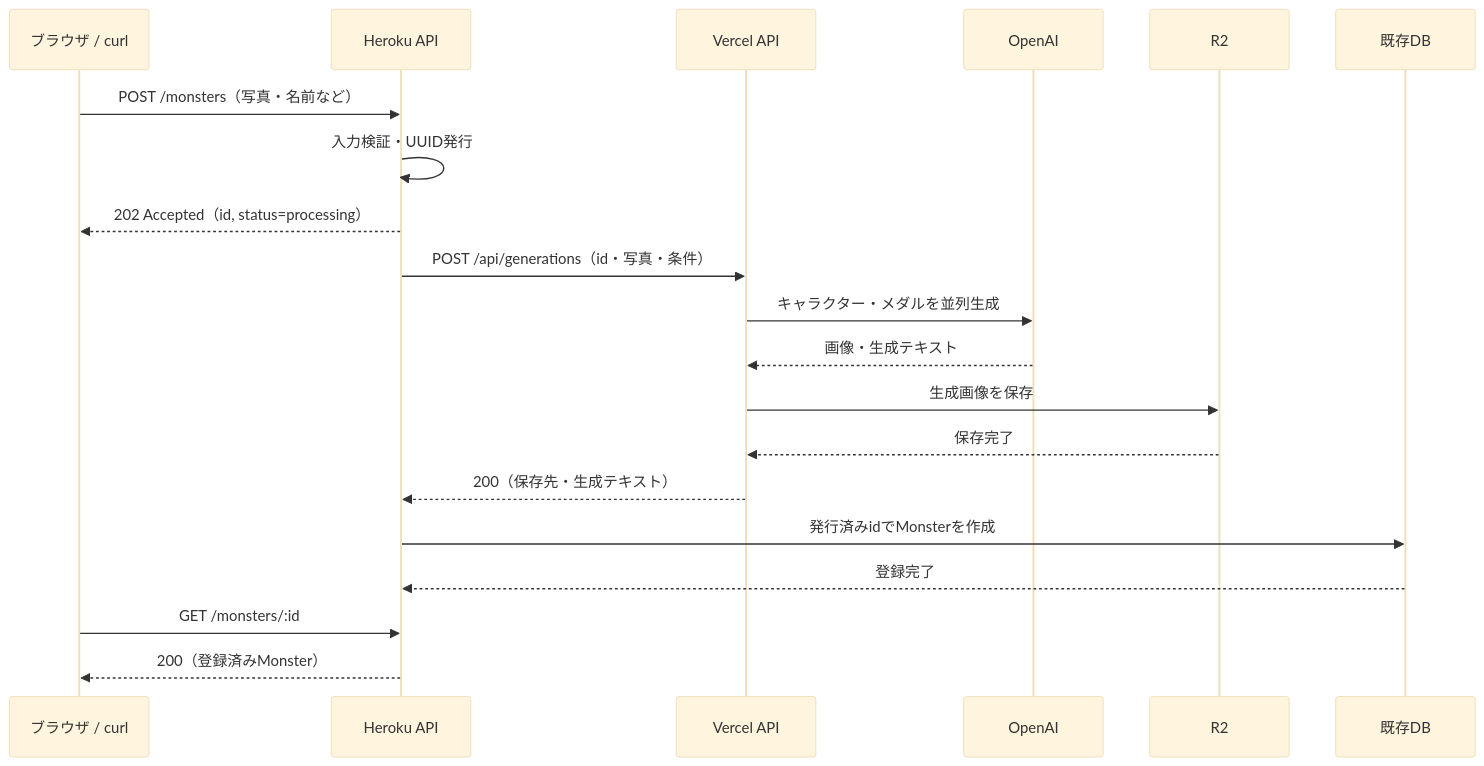
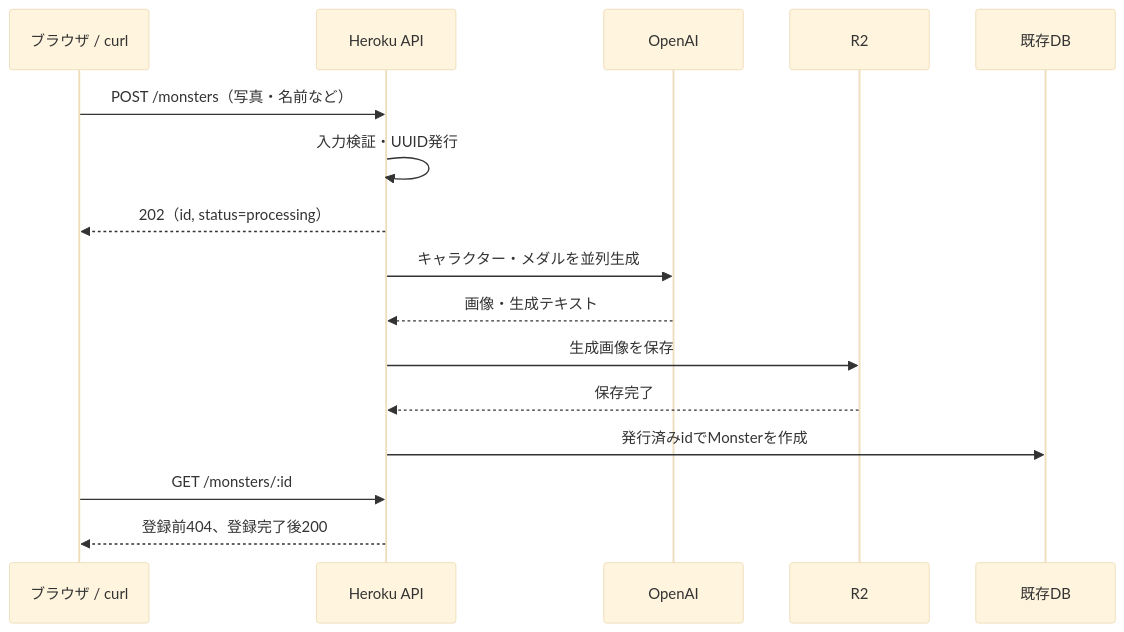
Before and after one commit to takano-hi/yokai-watch: the diagram in docs/image-generation-deferred-registration.md, drawn with Mermaid (base theme). The commit also changed other lines of this file and 18 other files, not shown here.

````diff
--- a/docs/image-generation-deferred-registration.md
+++ b/docs/image-generation-deferred-registration.md
@@ -27,23 +15,18 @@
 ```mermaid
 sequenceDiagram
     participant Client as ブラウザ / curl
-    participant Heroku as Heroku API
-    participant Vercel as Vercel API
+    participant API as Heroku API
     participant OpenAI as OpenAI
     participant R2 as R2
     participant DB as 既存DB
-
-    Client->>Heroku: POST /monsters（写真・名前など）
-    Heroku->>Heroku: 入力検証・UUID発行
-    Heroku-->>Client: 202 Accepted（id, status=processing）
-    Heroku->>Vercel: POST /api/generations（id・写真・条件）
-    Vercel->>OpenAI: キャラクター・メダルを並列生成
-    OpenAI-->>Vercel: 画像・生成テキスト
-    Vercel->>R2: 生成画像を保存
-    R2-->>Vercel: 保存完了
-    Vercel-->>Heroku: 200（保存先・生成テキスト）
-    Heroku->>DB: 発行済みidでMonsterを作成
-    DB-->>Heroku: 登録完了
-    Client->>Heroku: GET /monsters/:id
-    Heroku-->>Client: 200（登録済みMonster）
+    Client->>API: POST /monsters（写真・名前など）
+    API->>API: 入力検証・UUID発行
+    API-->>Client: 202（id, status=processing）
+    API->>OpenAI: キャラクター・メダルを並列生成
+    OpenAI-->>API: 画像・生成テキスト
+    API->>R2: 生成画像を保存
+    R2-->>API: 保存完了
+    API->>DB: 発行済みidでMonsterを作成
+    Client->>API: GET /monsters/:id
+    API-->>Client: 登録前404、登録完了後200
 ```
````
